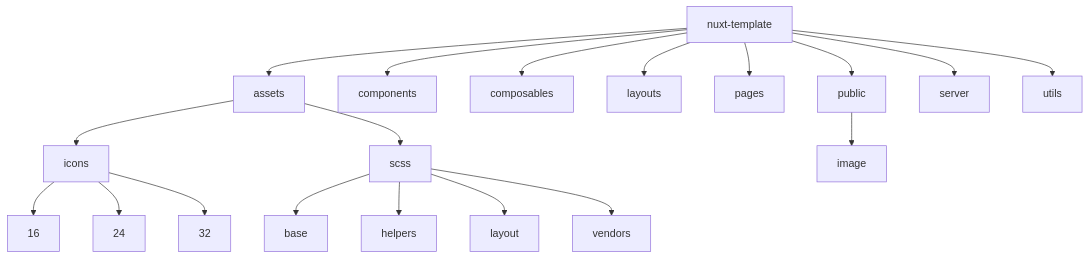
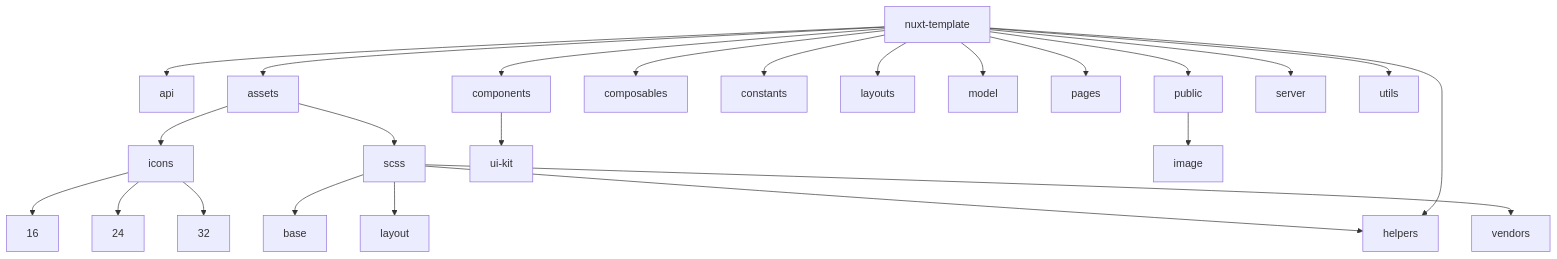
Before and after one commit to maratakoev/adaptive_slider_test: the diagram in README.md, drawn with Mermaid. The commit also changed other lines of this file and 21 other files, not shown here.

````diff
--- a/README.md
+++ b/README.md
@@ -84,21 +85,26 @@
 ```mermaid
 graph TD;
+    nuxt-template-->api;
     nuxt-template-->assets;
     nuxt-template-->components;
     nuxt-template-->composables;
+    nuxt-template-->constants;
+    nuxt-template-->helpers;
     nuxt-template-->layouts;
+    nuxt-template-->model;
     nuxt-template-->pages;
     nuxt-template-->public;
     nuxt-template-->server;
     nuxt-template-->utils;
     assets-->icons;
     assets-->scss;
     scss-->base;
     scss-->helpers;
     scss-->layout;
     scss-->vendors;
     icons-->16;
     icons-->24;
     icons-->32;
+    components-->ui-kit;
     public-->image;
 ```
````
